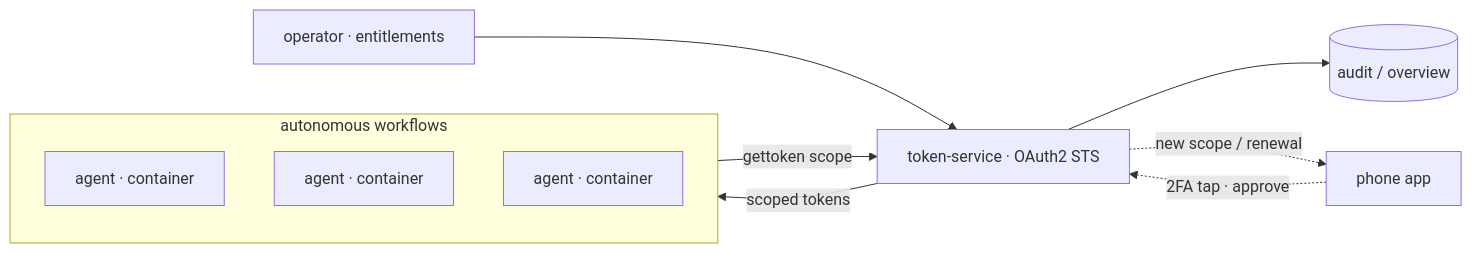
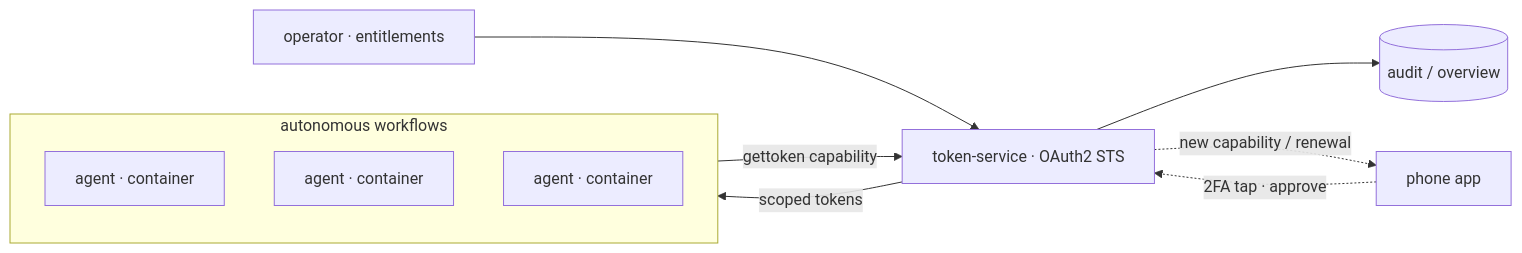
One commit to thruput-io/gettoken changed the second of 2 diagrams in README.md. Above: the diagram before and after it, drawn with Mermaid. The commit also changed other lines of this file, not shown here.

````diff
--- a/README.md
+++ b/README.md
@@ -121,17 +121,17 @@
 ```mermaid
 flowchart LR
   subgraph WF["autonomous workflows"]
     a1["agent · container"]
     a2["agent · container"]
     a3["agent · container"]
   end
 
-  WF -->|"gettoken scope"| STS["token-service · OAuth2 STS"]
+  WF -->|"gettoken capability"| STS["token-service · OAuth2 STS"]
   STS -->|"scoped tokens"| WF
 
   OP["operator · entitlements"] --> STS
   STS --> AUD[("audit / overview")]
 
-  STS -.->|"new scope / renewal"| PH["phone app"]
+  STS -.->|"new capability / renewal"| PH["phone app"]
   PH -.->|"2FA tap · approve"| STS
 ```
````
